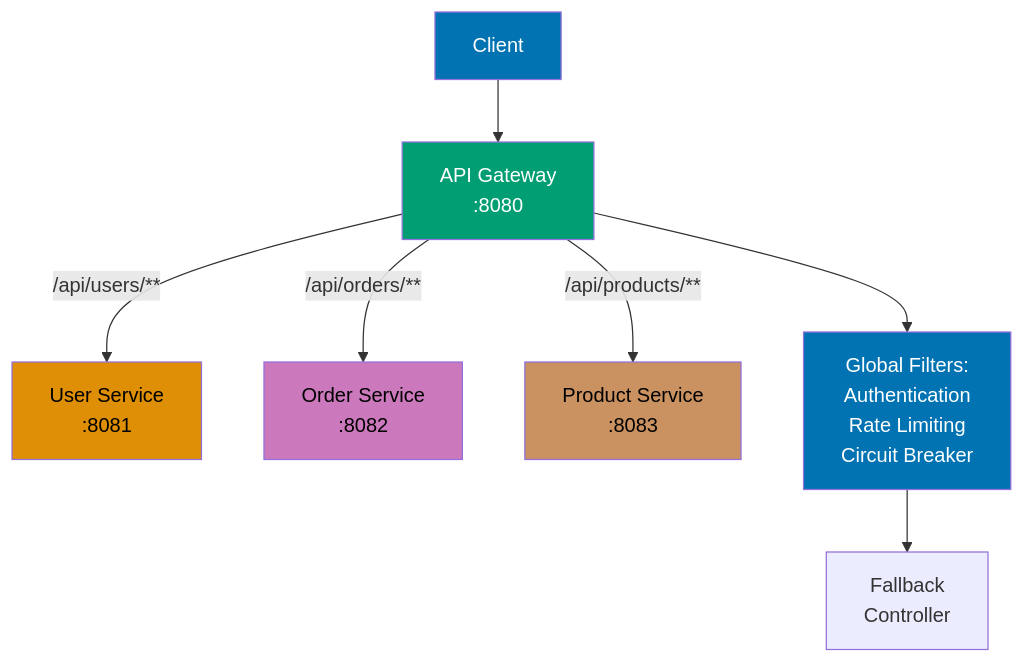
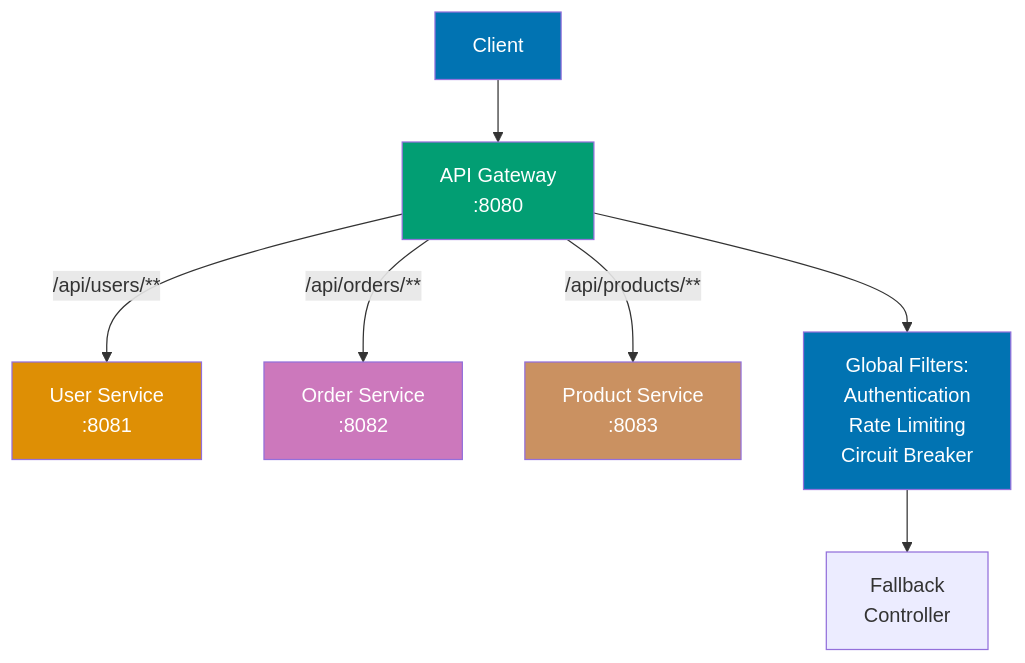
The seventh of 10 diagrams in apps/ayokoding-web/content/en/learn/software-engineering/platform-web/tools/jvm-spring-boot/by-example/advanced.md (wahidyankf/open-sharia-enterprise), drawn with Mermaid before and after one commit. The commit also changed other lines of this file and 61 other files, not shown here.

First line of the commit message:
fix(ayokoding-web): quote Mermaid node labels with special characters in Example 63

````diff
--- a/apps/ayokoding-web/content/en/learn/software-engineering/platform-web/tools/jvm-spring-boot/by-example/advanced.md
+++ b/apps/ayokoding-web/content/en/learn/software-engineering/platform-web/tools/jvm-spring-boot/by-example/advanced.md
@@ -2828,20 +2828,20 @@
 ```mermaid
 %% Color Palette: Blue #0173B2, Orange #DE8F05, Teal #029E73, Purple #CC78BC, Brown #CA9161
 flowchart TD
     Client[Client] --> Gateway[API Gateway<br/>:8080]
 
     Gateway -->|/api/users/**| UserService[User Service<br/>:8081]
     Gateway -->|/api/orders/**| OrderService[Order Service<br/>:8082]
     Gateway -->|/api/products/**| ProductService[Product Service<br/>:8083]
 
     Gateway --> Filters[Global Filters:<br/>Authentication<br/>Rate Limiting<br/>Circuit Breaker]
 
     Filters --> Fallback[Fallback<br/>Controller]
 
     style Client fill:#0173B2,color:#fff
     style Gateway fill:#029E73,color:#fff
-    style UserService fill:#DE8F05,color:#000
-    style OrderService fill:#CC78BC,color:#000
-    style ProductService fill:#CA9161,color:#000
+    style UserService fill:#DE8F05,color:#fff
+    style OrderService fill:#CC78BC,color:#fff
+    style ProductService fill:#CA9161,color:#fff
     style Filters fill:#0173B2,color:#fff
 ```
````
